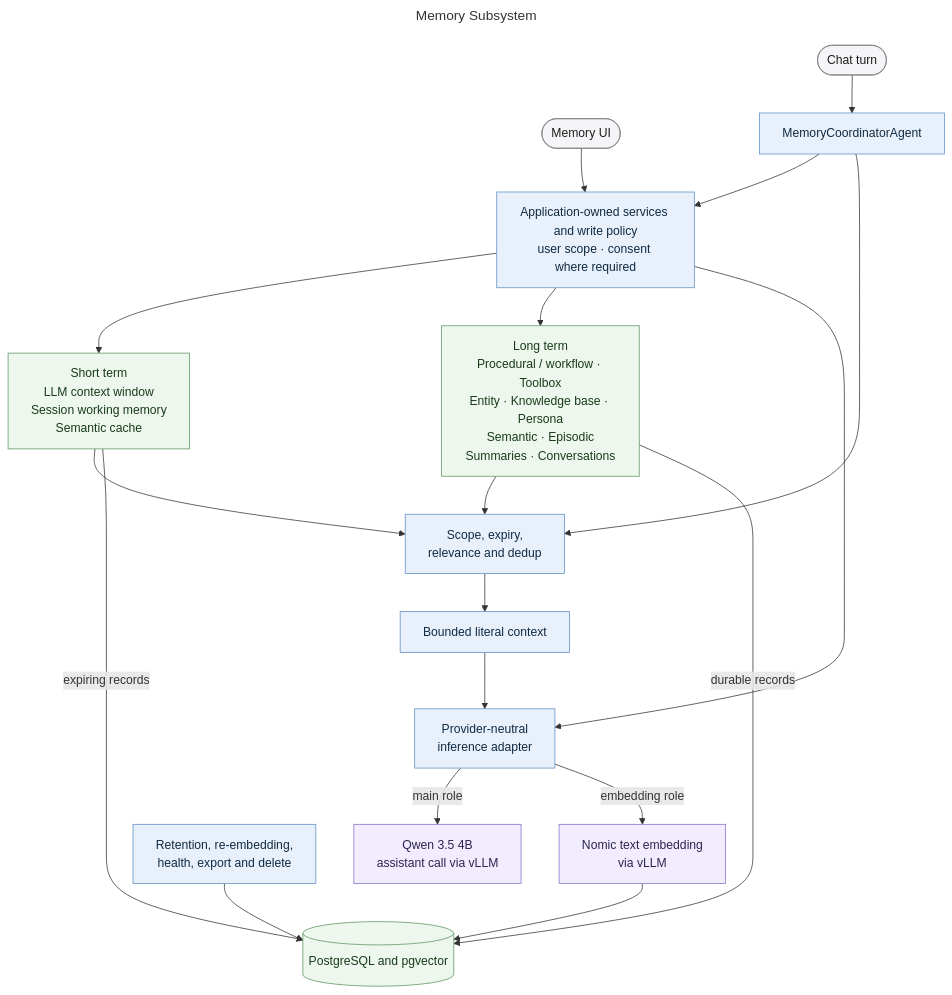
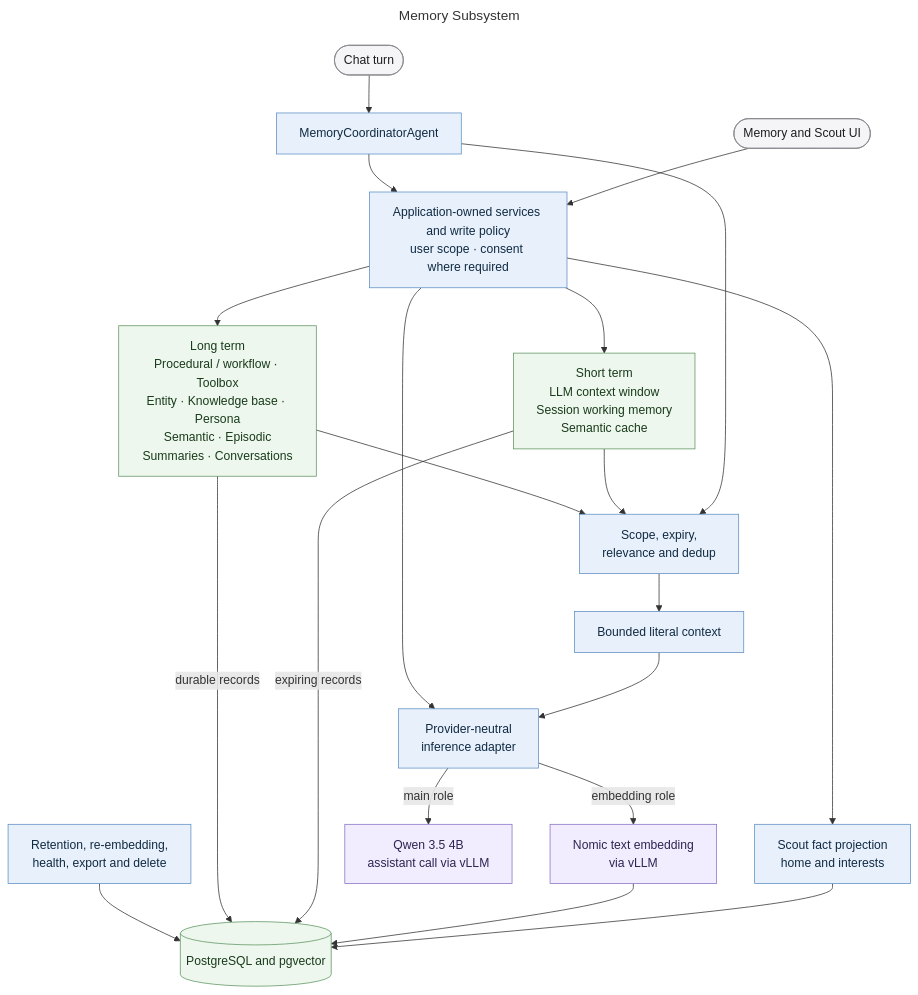
One commit to MallyaAni/PersonalAssistant changed the diagram in docs/diagrams/memory-subsystem.mmd. Above: the diagram before and after it, drawn with Mermaid. The commit also changed 90 other files, not shown here.

```diff
--- a/docs/diagrams/memory-subsystem.mmd
+++ b/docs/diagrams/memory-subsystem.mmd
@@ -1,46 +1,48 @@
 ---
 title: Memory Subsystem
 ---
 flowchart TB
     Chat([Chat turn])
-    UI([Memory UI])
+    UI([Memory and Scout UI])
 
     Coordinator[MemoryCoordinatorAgent]
     Services[Application-owned services and write policy<br/>user scope · consent where required]
     Retrieval[Scope, expiry,<br/>relevance and dedup]
     Context[Bounded literal context]
 
     Short[Short term<br/>LLM context window<br/>Session working memory<br/>Semantic cache]
     Long[Long term<br/>Procedural / workflow · Toolbox<br/>Entity · Knowledge base · Persona<br/>Semantic · Episodic<br/>Summaries · Conversations]
 
     Inference[Provider-neutral<br/>inference adapter]
     TextEmbed[Nomic text embedding<br/>via vLLM]
     Database[(PostgreSQL and pgvector)]
     Maintenance[Retention, re-embedding,<br/>health, export and delete]
+    Discovery[Scout fact projection<br/>home and interests]
 
     Main[Qwen 3.5 4B<br/>assistant call via vLLM]
 
     Chat --> Coordinator
     UI --> Services
     Coordinator --> Services
     Services --> Short
     Services --> Long
+    Services --> Discovery --> Database
     Coordinator --> Retrieval
     Short --> Retrieval
     Long --> Retrieval
     Retrieval --> Context --> Inference
     Inference -->|main role| Main
     Services --> Inference
     Inference -->|embedding role| TextEmbed --> Database
     Short -->|expiring records| Database
     Long -->|durable records| Database
     Maintenance --> Database
 
     classDef interface fill:#f5f5f7,stroke:#86868b,color:#1d1d1f;
     classDef application fill:#e8f1fb,stroke:#5e8fc4,color:#102a43;
     classDef data fill:#eef7ee,stroke:#5f9562,color:#183b1b;
     classDef model fill:#f1edff,stroke:#8872c6,color:#2e2450;
     class Chat,UI interface;
-    class Coordinator,Services,Retrieval,Context,Inference,Maintenance application;
+    class Coordinator,Services,Retrieval,Context,Inference,Maintenance,Discovery application;
     class Short,Long,Database data;
     class TextEmbed,Main model;
```
